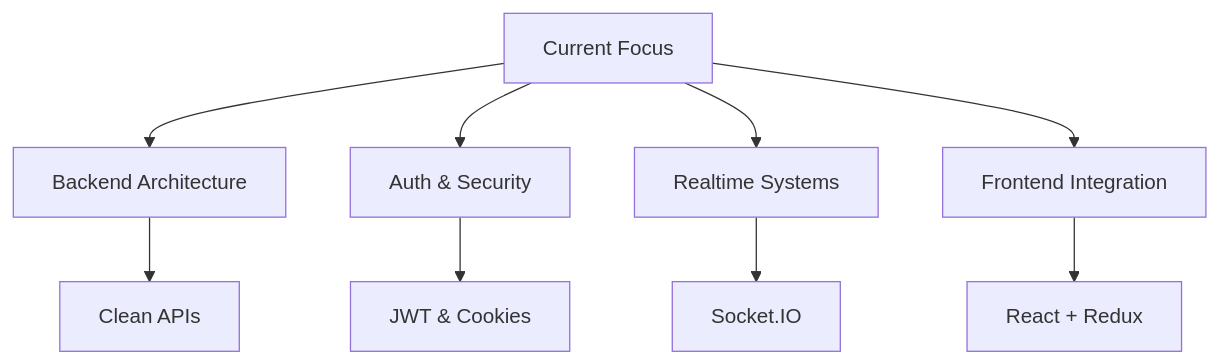
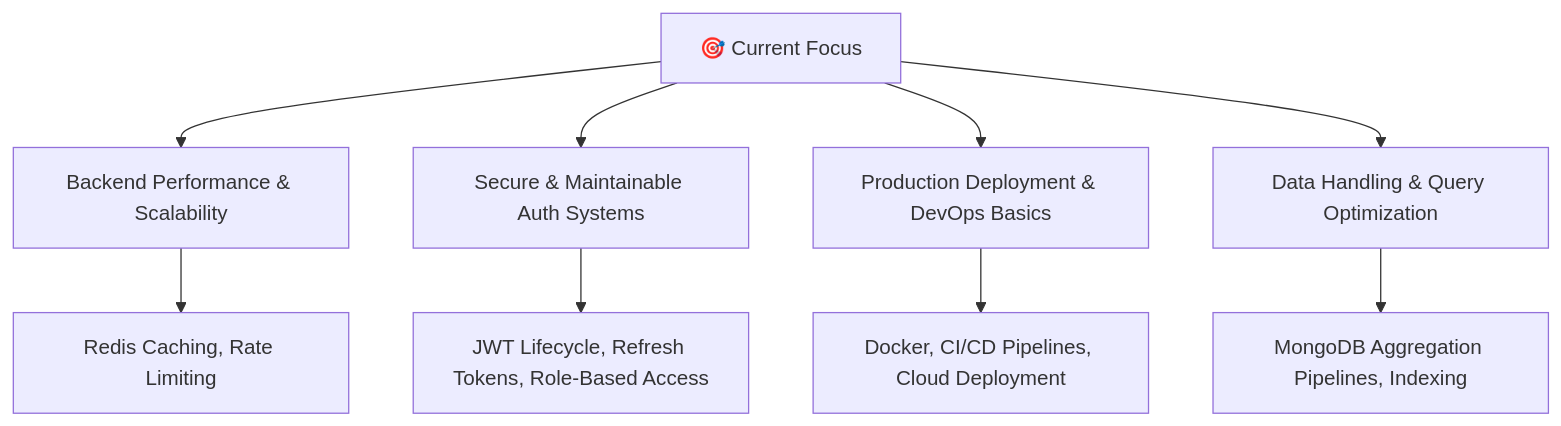
Before and after one commit to archit7-gif/archit7-gif: the diagram in README.md, drawn with Mermaid. The commit also changed other lines of this file, not shown here.

````diff
--- a/README.md
+++ b/README.md
@@ -131,12 +134,13 @@
 ```mermaid
 graph TD
-  A[Current Focus] --> B[Backend Architecture]
-  A --> C[Auth & Security]
-  A --> D[Realtime Systems]
-  A --> E[Frontend Integration]
+  A[🎯 Current Focus] --> B[Backend Performance & Scalability]
+  A --> C[Secure & Maintainable Auth Systems]
+  A --> D[Production Deployment & DevOps Basics]
+  A --> E[Data Handling & Query Optimization]
 
-  B --> F[Clean APIs]
-  C --> G[JWT & Cookies]
-  D --> H[Socket.IO]
-  E --> I[React + Redux]
+  B --> F[Redis Caching, Rate Limiting]
+  C --> G[JWT Lifecycle, Refresh Tokens, Role-Based Access]
+  D --> H[Docker, CI/CD Pipelines, Cloud Deployment]
+  E --> I[MongoDB Aggregation Pipelines, Indexing]
+
 ```
````
